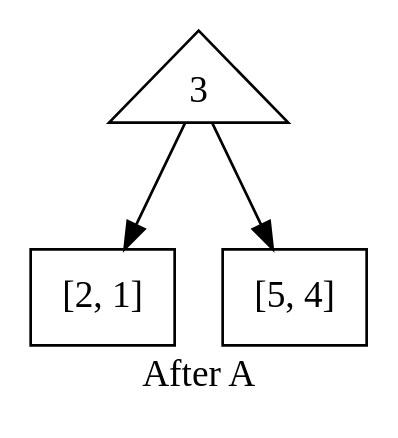
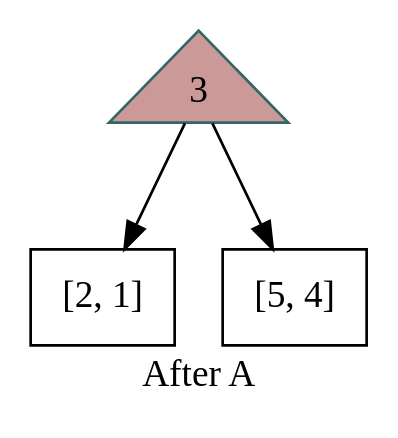
Before and after one commit to sakai-deb/jotting: the diagram in sphinx-doc/source/haskel_contents/1.QuickSort.rst, drawn with Graphviz. The commit also changed other lines of this file and 1 other file, not shown here.

```diff
--- a/sphinx-doc/source/haskel_contents/1.QuickSort.rst
+++ b/sphinx-doc/source/haskel_contents/1.QuickSort.rst
@@ -146,11 +146,11 @@
 .. graphviz::
 
    digraph qicksortGraph1 {
       graph [size="3.0, 12.0", label = "After A"];
-     "3" [shape = triangle];
+     "3" [shape = triangle, style = filled,  color = "#336666",  fillcolor = "#CC9999"];
      "[2, 1]" [shape=box];
      "[5, 4]" [shape=box];
 
      "3" -> "[2, 1]";
      "3" -> "[5, 4]";
    }
```
